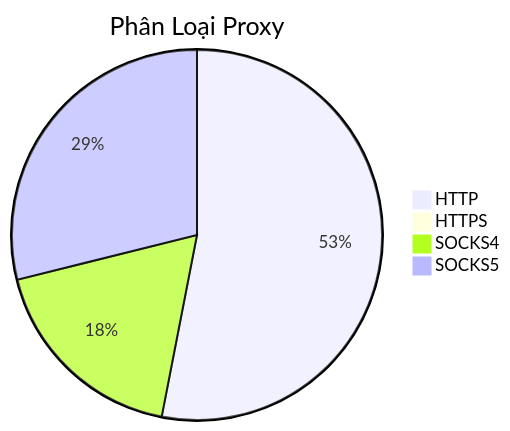
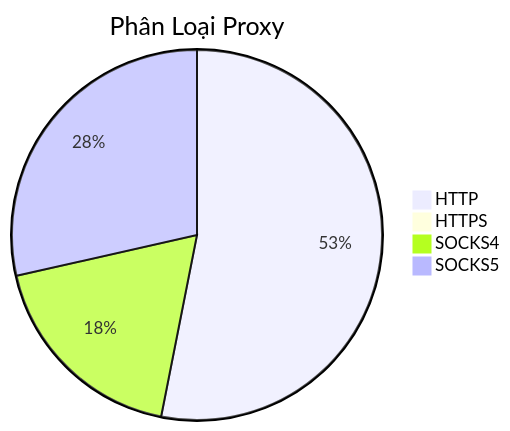
Before and after one commit to Ciara-12/PROXY-free: the diagram in README.md, drawn with Mermaid. The commit also changed other lines of this file and 4 other files, not shown here.

````diff
--- a/README.md
+++ b/README.md
@@ -26,7 +26,7 @@
 ```mermaid
 pie title Phân Loại Proxy
-    "HTTP" : 564
-    "HTTPS" : 4
-    "SOCKS4" : 192
-    "SOCKS5" : 307
+    "HTTP" : 590
+    "HTTPS" : 6
+    "SOCKS4" : 204
+    "SOCKS5" : 317
 ```
````
